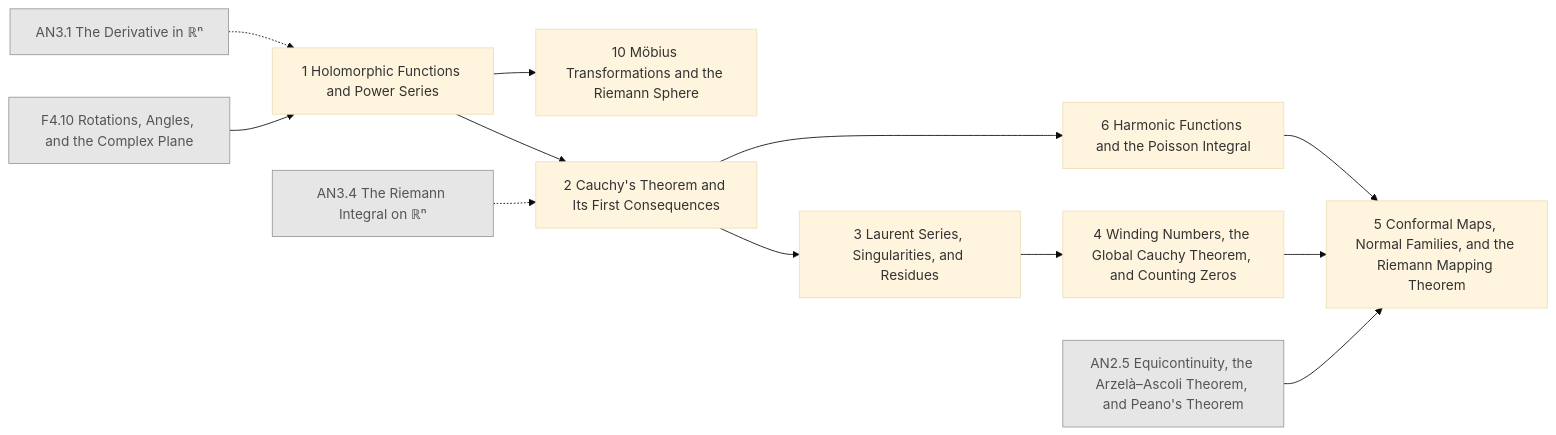
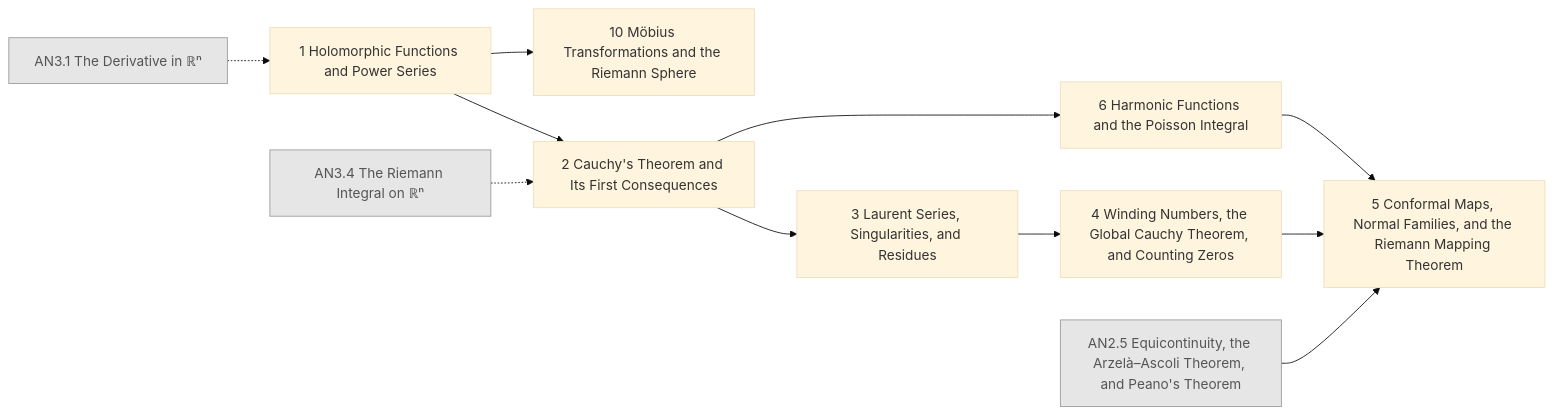
The diagram in generated/chapters/CA.mmd (AkizumiFox/math-atlas), drawn with Mermaid (base theme) before and after one commit. The commit also changed 15 other files, not shown here.

```diff
--- a/generated/chapters/CA.mmd
+++ b/generated/chapters/CA.mmd
@@ -1,26 +1,24 @@
 flowchart LR
-  F4_10["F4.10 Rotations, Angles, and the Complex Plane"]:::ext
   AN2_5["AN2.5 Equicontinuity, the Arzelà–Ascoli Theorem, and Peano's Theorem"]:::ext
   AN3_1["AN3.1 The Derivative in ℝⁿ"]:::ext
   AN3_4["AN3.4 The Riemann Integral on ℝⁿ"]:::ext
   CA_1["1 Holomorphic Functions and Power Series"]
   CA_10["10 Möbius Transformations and the Riemann Sphere"]
   CA_2["2 Cauchy's Theorem and Its First Consequences"]
   CA_3["3 Laurent Series, Singularities, and Residues"]
   CA_4["4 Winding Numbers, the Global Cauchy Theorem, and Counting Zeros"]
   CA_6["6 Harmonic Functions and the Poisson Integral"]
   CA_5["5 Conformal Maps, Normal Families, and the Riemann Mapping Theorem"]
-  F4_10 --> CA_1
   AN3_1 -.-> CA_1
   CA_1 --> CA_10
   AN3_4 -.-> CA_2
   CA_1 --> CA_2
   CA_2 --> CA_3
   CA_3 --> CA_4
   CA_2 --> CA_6
   AN2_5 --> CA_5
   CA_4 --> CA_5
   CA_6 --> CA_5
   classDef ext fill:#e6e6e6,stroke:#999,color:#555
   classDef opt fill:#fff,stroke:#999,stroke-dasharray:4 3,color:#555
   classDef segb fill:#f6f6fb,stroke:#99a,color:#333
```
